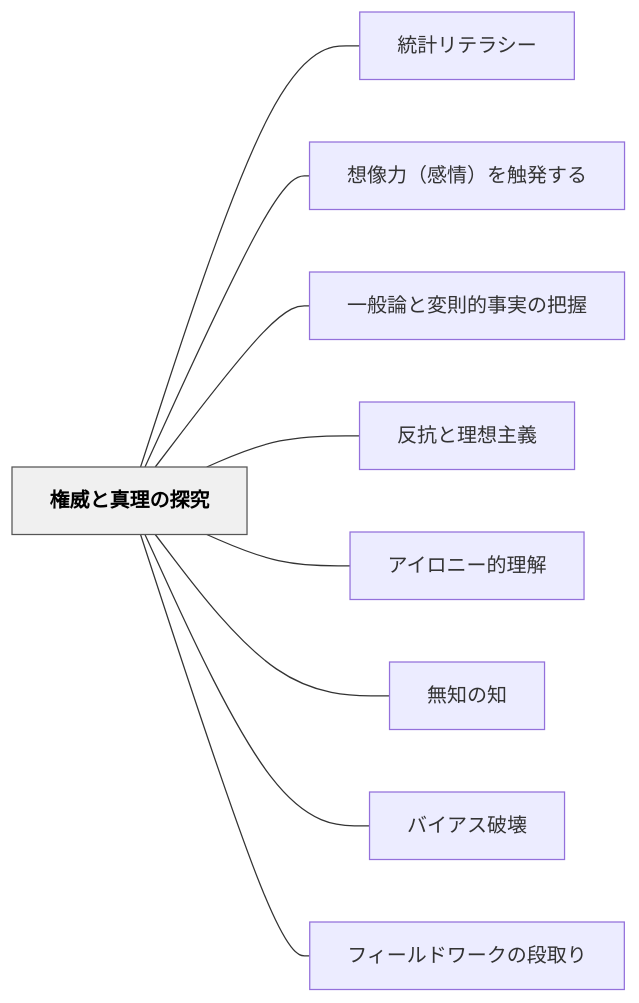
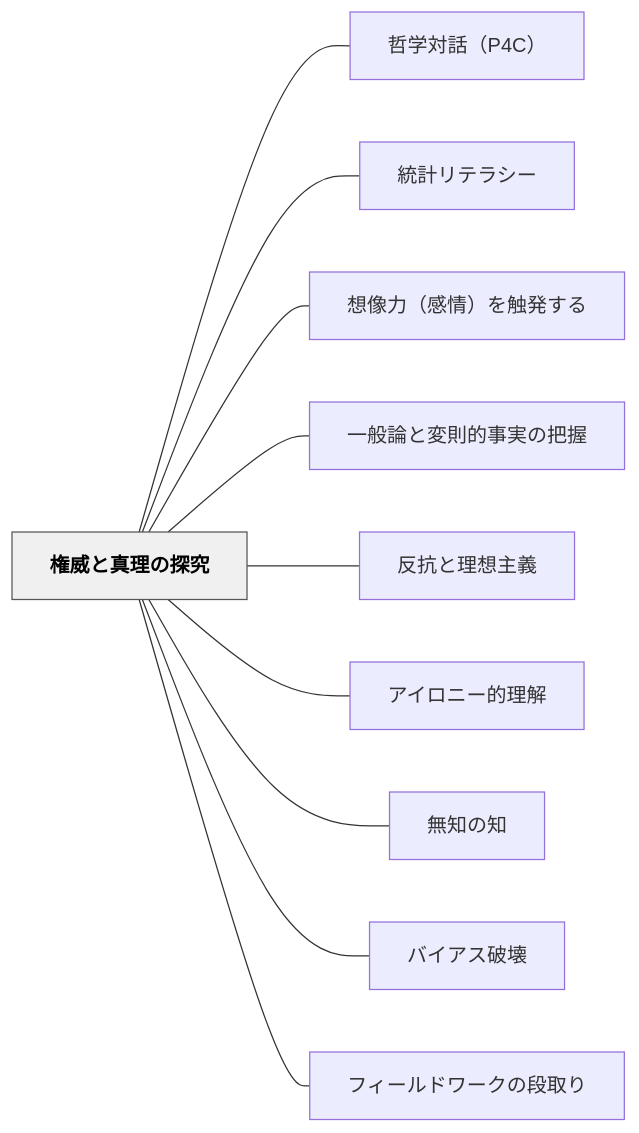
The diagram in content/パタン/権威と真理の探究.md (unknownthings-ed-patterns/unknownthings-ed-patterns), drawn with Mermaid before and after one commit. The commit also changed other lines of this file and 185 other files, not shown here.

````diff
--- a/content/パタン/権威と真理の探究.md
+++ b/content/パタン/権威と真理の探究.md
@@ -51,24 +52,26 @@
 ```mermaid
 flowchart LR
     ne6a8a9e5a881e381a8e79c9fe79086e381aee68ea2e7a9b6["権威と真理の探究"]
+    ne593b2e5ada6e5afbee8a9b1efbc88503443efbc89["哲学対話（P4C）"]
     ne7b5b1e8a888e383aae38386e383a9e382b7e383bc["統計リテラシー"]
     ne683b3e5838fe58a9befbc88e6849fe68385efbc89e38292e8a7a6e799bae38199e3828b["想像力（感情）を触発する"]
     ne4b880e888ace8ab96e381a8e5a489e58987e79a84e4ba8be5ae9fe381aee68a8ae68fa1["一般論と変則的事実の把握"]
     ne58f8de68a97e381a8e79086e683b3e4b8bbe7bea9["反抗と理想主義"]
     ne382a2e382a4e383ade3838be383bce79a84e79086e8a7a3["アイロニー的理解"]
     ne784a1e79fa5e381aee79fa5["無知の知"]
     ne38390e382a4e382a2e382b9e7a0b4e5a38a["バイアス破壊"]
     ne38395e382a3e383bce383abe38389e383afe383bce382afe381aee6aeb5e58f96e3828a["フィールドワークの段取り"]
 
+    ne6a8a9e5a881e381a8e79c9fe79086e381aee68ea2e7a9b6 --- ne593b2e5ada6e5afbee8a9b1efbc88503443efbc89
     ne6a8a9e5a881e381a8e79c9fe79086e381aee68ea2e7a9b6 --- ne7b5b1e8a888e383aae38386e383a9e382b7e383bc
     ne6a8a9e5a881e381a8e79c9fe79086e381aee68ea2e7a9b6 --- ne683b3e5838fe58a9befbc88e6849fe68385efbc89e38292e8a7a6e799bae38199e3828b
     ne6a8a9e5a881e381a8e79c9fe79086e381aee68ea2e7a9b6 --- ne4b880e888ace8ab96e381a8e5a489e58987e79a84e4ba8be5ae9fe381aee68a8ae68fa1
     ne6a8a9e5a881e381a8e79c9fe79086e381aee68ea2e7a9b6 --- ne58f8de68a97e381a8e79086e683b3e4b8bbe7bea9
     ne6a8a9e5a881e381a8e79c9fe79086e381aee68ea2e7a9b6 --- ne382a2e382a4e383ade3838be383bce79a84e79086e8a7a3
     ne6a8a9e5a881e381a8e79c9fe79086e381aee68ea2e7a9b6 --- ne784a1e79fa5e381aee79fa5
     ne6a8a9e5a881e381a8e79c9fe79086e381aee68ea2e7a9b6 --- ne38390e382a4e382a2e382b9e7a0b4e5a38a
     ne6a8a9e5a881e381a8e79c9fe79086e381aee68ea2e7a9b6 --- ne38395e382a3e383bce383abe38389e383afe383bce382afe381aee6aeb5e58f96e3828a
 
     classDef hub fill:#f0f0f0,stroke:#555,color:#000,font-weight:bold
     class ne6a8a9e5a881e381a8e79c9fe79086e381aee68ea2e7a9b6 hub
 ```
````
